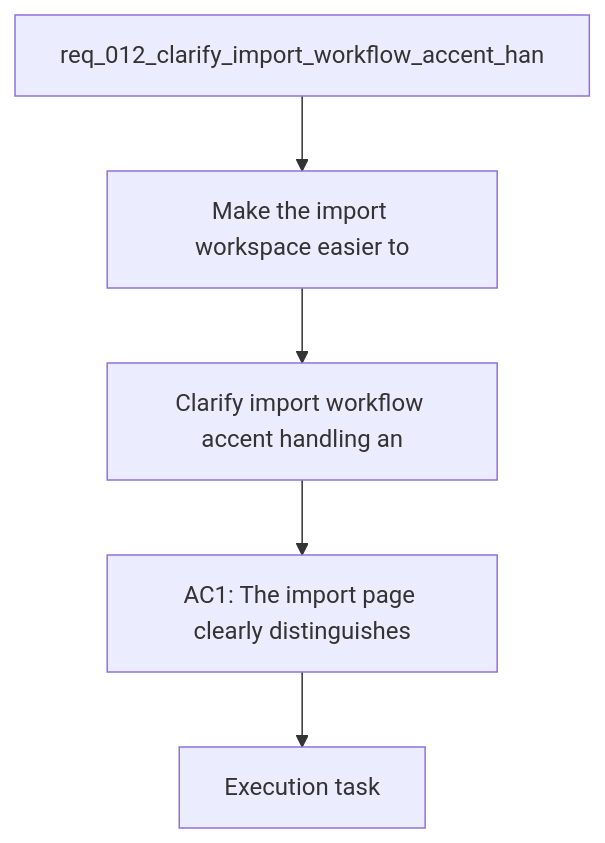
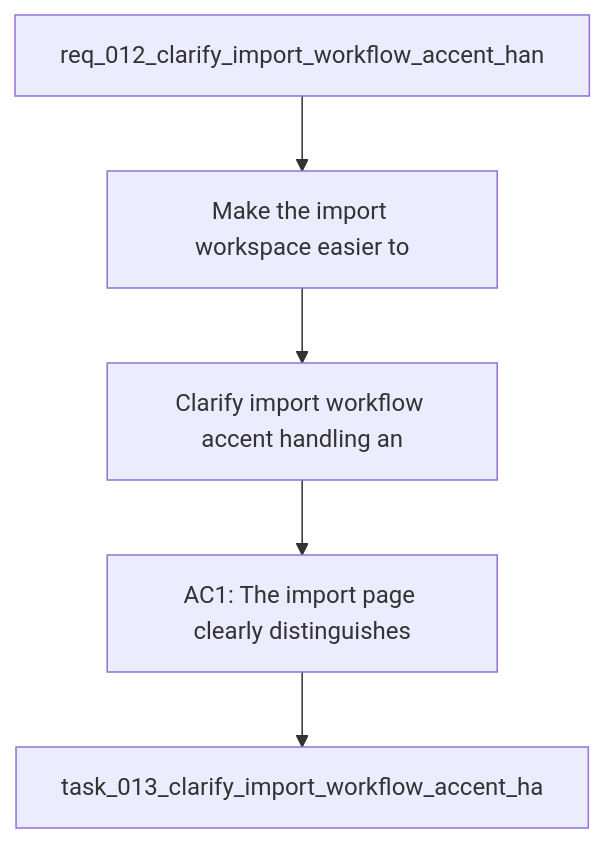
Before and after one commit to Jilanos/Coach_garmin: the diagram in logics/backlog/item_013_clarify_import_workflow_accent_handling_and_refresh_actions.md, drawn with Mermaid. The commit also changed other lines of this file and 86 other files, not shown here.

Commit message:
Harden chart UX and UTF-8 handling

````diff
--- a/logics/backlog/item_013_clarify_import_workflow_accent_handling_and_refresh_actions.md
+++ b/logics/backlog/item_013_clarify_import_workflow_accent_handling_and_refresh_actions.md
@@ -30,9 +30,9 @@
 ```mermaid
 %% logics-kind: backlog
 %% logics-signature: backlog|clarify-import-workflow-accent-handling-|req-012-clarify-import-workflow-accent-h|make-the-import-workspace-easier-to|ac1-the-import-page-clearly-distinguishe
 flowchart TD
     Request[req_012_clarify_import_workflow_accent_han] --> Problem[Make the import workspace easier to]
     Problem --> Scope[Clarify import workflow accent handling an]
     Scope --> Acceptance[AC1: The import page clearly distinguishes]
-    Acceptance --> Tasks[Execution task]
+    Acceptance --> Tasks[task_013_clarify_import_workflow_accent_ha]
 ```
````
